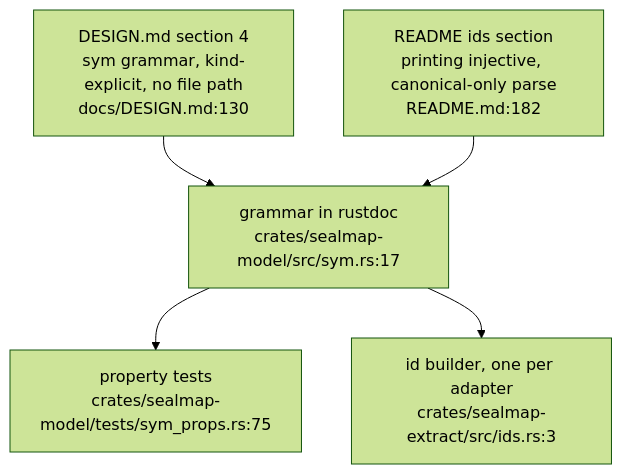
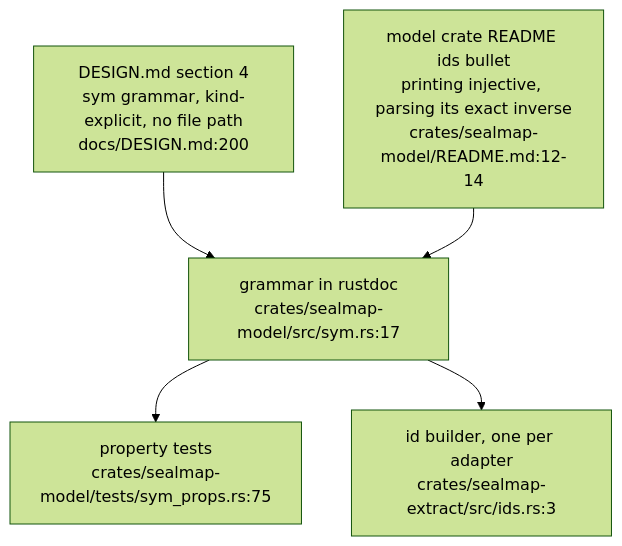
The sixth of 6 diagrams in docs/diagrams/sealmap/01-the-sym-id-grammar.md (DreamLab-AI/VisionFlow), drawn with Mermaid (forest theme) before and after one commit. The commit also changed other lines of this file and 59 other files, not shown here.

First line of the commit message:
docs(diagrams): re-derive and re-stamp forum, website, pod, ontomark and sealmap topics

````diff
--- a/docs/diagrams/sealmap/01-the-sym-id-grammar.md
+++ b/docs/diagrams/sealmap/01-the-sym-id-grammar.md
@@ -271,12 +272,12 @@
 ```mermaid
 flowchart TB
-    D1["DESIGN.md section 4<br/>sym grammar, kind-explicit, no file path<br/>docs/DESIGN.md:130"]
-    D2["README ids section<br/>printing injective, canonical-only parse<br/>README.md:182"]
+    D1["DESIGN.md section 4<br/>sym grammar, kind-explicit, no file path<br/>docs/DESIGN.md:200"]
+    D2["model crate README ids bullet<br/>printing injective, parsing its exact inverse<br/>crates/sealmap-model/README.md:12-14"]
     C1["grammar in rustdoc<br/>crates/sealmap-model/src/sym.rs:17"]
     C2["property tests<br/>crates/sealmap-model/tests/sym_props.rs:75"]
     C3["id builder, one per adapter<br/>crates/sealmap-extract/src/ids.rs:3"]
     D1 --> C1
     D2 --> C1
     C1 --> C2
     C1 --> C3
 ```
````
